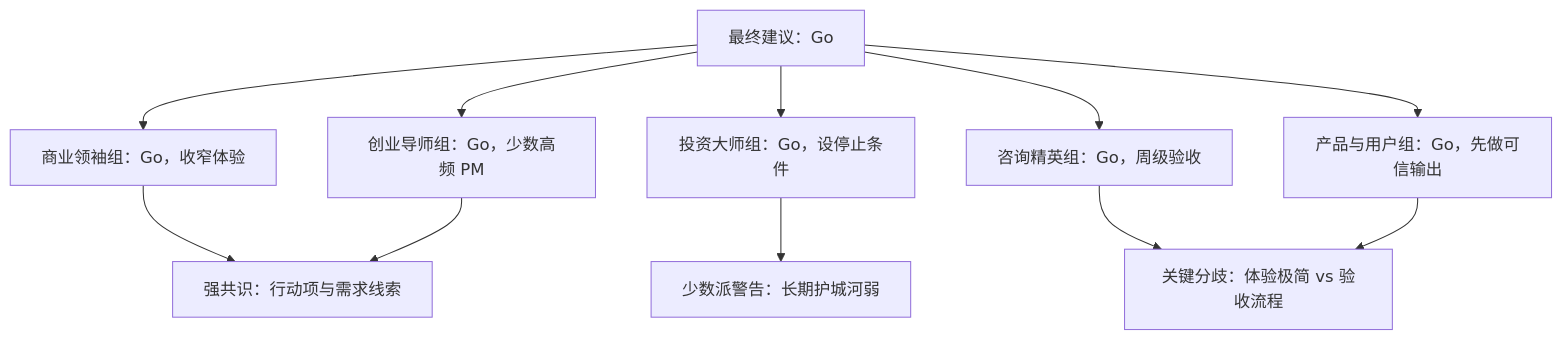
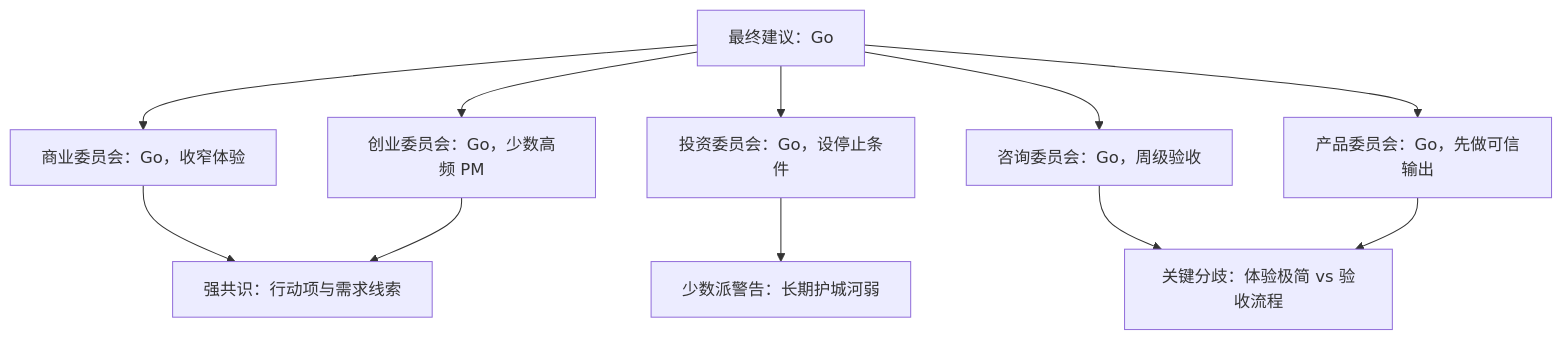
Before and after one commit to hehaivictor/superboard: the second of 3 diagrams in examples/output-deep-product-board-memo.md, drawn with Mermaid. The commit also changed other lines of this file and 38 other files, not shown here.

````diff
--- a/examples/output-deep-product-board-memo.md
+++ b/examples/output-deep-product-board-memo.md
@@ -98,13 +98,13 @@
 ```mermaid
 flowchart TD
-  A["最终建议：Go"] --> B["商业领袖组：Go，收窄体验"]
-  A --> C["创业导师组：Go，少数高频 PM"]
-  A --> D["投资大师组：Go，设停止条件"]
-  A --> E["咨询精英组：Go，周级验收"]
-  A --> F["产品与用户组：Go，先做可信输出"]
+  A["最终建议：Go"] --> B["商业委员会：Go，收窄体验"]
+  A --> C["创业委员会：Go，少数高频 PM"]
+  A --> D["投资委员会：Go，设停止条件"]
+  A --> E["咨询委员会：Go，周级验收"]
+  A --> F["产品委员会：Go，先做可信输出"]
   B --> G["强共识：行动项与需求线索"]
   C --> G
   D --> H["少数派警告：长期护城河弱"]
   E --> I["关键分歧：体验极简 vs 验收流程"]
   F --> I
 ```
````
